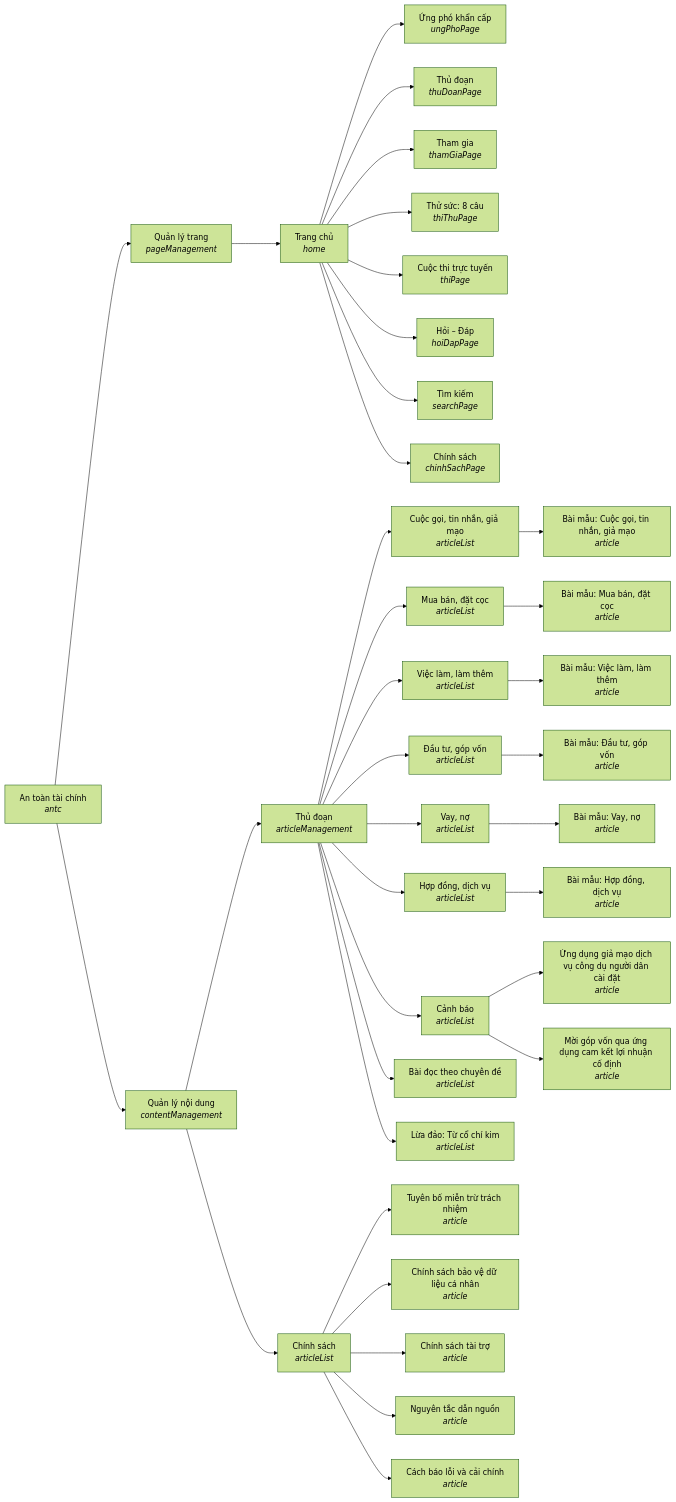
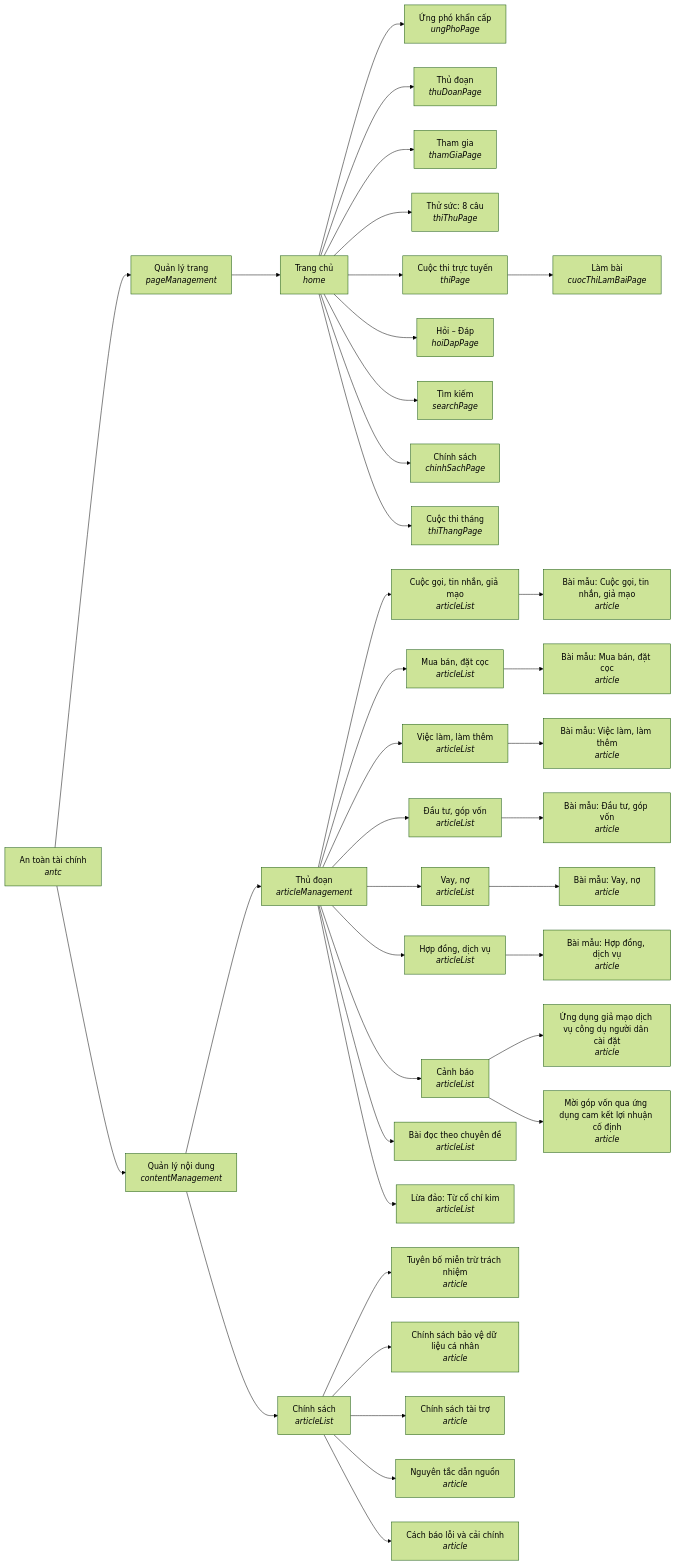
One commit to anhnoname97/antc changed the third of 3 diagrams in docs/so-do/SO-DO.md. Above: the diagram before and after it, drawn with Mermaid (forest theme). The commit also changed other lines of this file and 68 other files, not shown here.

Commit message:
làm trang Đăng ký thi và phần làm bài thi

````diff
--- a/docs/so-do/SO-DO.md
+++ b/docs/so-do/SO-DO.md
@@ -121,74 +132,78 @@
 ```mermaid
 graph LR
   n068471f0_605e_57ee_b164_547aee46bc79["An toàn tài chính<br/><i>antc</i>"]
   n437e3947_4f08_52e1_baee_75907a540fac["Quản lý trang<br/><i>pageManagement</i>"]
   nd660b5ab_7cd1_48b5_b6e1_1ab56b8218cd["Trang chủ<br/><i>home</i>"]
   n56e74727_59ec_4225_b2ce_ce853ad893ca["Ứng phó khẩn cấp<br/><i>ungPhoPage</i>"]
   nd660b5ab_7cd1_48b5_b6e1_1ab56b8218cd --> n56e74727_59ec_4225_b2ce_ce853ad893ca
   n9ba61825_fa98_4e40_b442_772096d614f8["Thủ đoạn<br/><i>thuDoanPage</i>"]
   nd660b5ab_7cd1_48b5_b6e1_1ab56b8218cd --> n9ba61825_fa98_4e40_b442_772096d614f8
   nb94dab90_8dee_4ff4_b934_c1fb7f723c61["Tham gia<br/><i>thamGiaPage</i>"]
   nd660b5ab_7cd1_48b5_b6e1_1ab56b8218cd --> nb94dab90_8dee_4ff4_b934_c1fb7f723c61
   n6661be33_d417_4400_8828_952da9908c86["Thử sức: 8 câu<br/><i>thiThuPage</i>"]
   nd660b5ab_7cd1_48b5_b6e1_1ab56b8218cd --> n6661be33_d417_4400_8828_952da9908c86
   n88abf9ef_fb93_45c5_9cff_4aa76ca6f250["Cuộc thi trực tuyến<br/><i>thiPage</i>"]
+  n2418b19a_2e02_4083_aaea_2bc477167ff4["Làm bài<br/><i>cuocThiLamBaiPage</i>"]
+  n88abf9ef_fb93_45c5_9cff_4aa76ca6f250 --> n2418b19a_2e02_4083_aaea_2bc477167ff4
   nd660b5ab_7cd1_48b5_b6e1_1ab56b8218cd --> n88abf9ef_fb93_45c5_9cff_4aa76ca6f250
   nb3ce7bf1_aa24_4acf_9bfd_8cd02d8f784e["Hỏi – Đáp<br/><i>hoiDapPage</i>"]
   nd660b5ab_7cd1_48b5_b6e1_1ab56b8218cd --> nb3ce7bf1_aa24_4acf_9bfd_8cd02d8f784e
   n56fa7c6b_f4e1_44be_8200_ec8be7404349["Tìm kiếm<br/><i>searchPage</i>"]
   nd660b5ab_7cd1_48b5_b6e1_1ab56b8218cd --> n56fa7c6b_f4e1_44be_8200_ec8be7404349
   ndc0bff3b_10be_53d5_87dc_d23ea675fd94["Chính sách<br/><i>chinhSachPage</i>"]
   nd660b5ab_7cd1_48b5_b6e1_1ab56b8218cd --> ndc0bff3b_10be_53d5_87dc_d23ea675fd94
+  n3ef975f7_186f_5a25_9e0a_dfe100d471d8["Cuộc thi tháng<br/><i>thiThangPage</i>"]
+  nd660b5ab_7cd1_48b5_b6e1_1ab56b8218cd --> n3ef975f7_186f_5a25_9e0a_dfe100d471d8
   n437e3947_4f08_52e1_baee_75907a540fac --> nd660b5ab_7cd1_48b5_b6e1_1ab56b8218cd
   n068471f0_605e_57ee_b164_547aee46bc79 --> n437e3947_4f08_52e1_baee_75907a540fac
   n5a1e0af5_bbf2_54ed_a359_bc4716736ea5["Quản lý nội dung<br/><i>contentManagement</i>"]
   n33df5aae_5658_5ea1_8b01_500630acfd60["Thủ đoạn<br/><i>articleManagement</i>"]
   nf9386cdc_74f6_4893_acc8_eba3162cc7c0["Cuộc gọi, tin nhắn, giả mạo<br/><i>articleList</i>"]
   n90ab7780_e72b_4d53_ae5a_147dfb353e03["Bài mẫu: Cuộc gọi, tin nhắn, giả mạo<br/><i>article</i>"]
   nf9386cdc_74f6_4893_acc8_eba3162cc7c0 --> n90ab7780_e72b_4d53_ae5a_147dfb353e03
   n33df5aae_5658_5ea1_8b01_500630acfd60 --> nf9386cdc_74f6_4893_acc8_eba3162cc7c0
   nfd38232c_0847_4379_9ccb_aba5ee852401["Mua bán, đặt cọc<br/><i>articleList</i>"]
   nd8e9bb9f_9494_4ec1_bfb1_8b862a2ddf84["Bài mẫu: Mua bán, đặt cọc<br/><i>article</i>"]
   nfd38232c_0847_4379_9ccb_aba5ee852401 --> nd8e9bb9f_9494_4ec1_bfb1_8b862a2ddf84
   n33df5aae_5658_5ea1_8b01_500630acfd60 --> nfd38232c_0847_4379_9ccb_aba5ee852401
   n9404a4c7_3fa8_4791_9c9e_dd677f5f3d49["Việc làm, làm thêm<br/><i>articleList</i>"]
   nadbb6788_1e56_411e_a493_aa42e457fc63["Bài mẫu: Việc làm, làm thêm<br/><i>article</i>"]
   n9404a4c7_3fa8_4791_9c9e_dd677f5f3d49 --> nadbb6788_1e56_411e_a493_aa42e457fc63
   n33df5aae_5658_5ea1_8b01_500630acfd60 --> n9404a4c7_3fa8_4791_9c9e_dd677f5f3d49
   n928d8fe6_a83a_425c_a71e_419e28d0d3c3["Đầu tư, góp vốn<br/><i>articleList</i>"]
   nba05466b_4f4e_4a74_9d1c_db6d35b27cf3["Bài mẫu: Đầu tư, góp vốn<br/><i>article</i>"]
   n928d8fe6_a83a_425c_a71e_419e28d0d3c3 --> nba05466b_4f4e_4a74_9d1c_db6d35b27cf3
   n33df5aae_5658_5ea1_8b01_500630acfd60 --> n928d8fe6_a83a_425c_a71e_419e28d0d3c3
   n0400f699_d1d5_4ad1_8b76_91722ba48a77["Vay, nợ<br/><i>articleList</i>"]
   n1c05cd5b_9cb3_42ab_8992_18308d3e0332["Bài mẫu: Vay, nợ<br/><i>article</i>"]
   n0400f699_d1d5_4ad1_8b76_91722ba48a77 --> n1c05cd5b_9cb3_42ab_8992_18308d3e0332
   n33df5aae_5658_5ea1_8b01_500630acfd60 --> n0400f699_d1d5_4ad1_8b76_91722ba48a77
   ncbcea9dd_b92a_4d94_9d43_0487077fe916["Hợp đồng, dịch vụ<br/><i>articleList</i>"]
   naf76aeed_93a0_4872_8d27_8f8a4ee64657["Bài mẫu: Hợp đồng, dịch vụ<br/><i>article</i>"]
   ncbcea9dd_b92a_4d94_9d43_0487077fe916 --> naf76aeed_93a0_4872_8d27_8f8a4ee64657
   n33df5aae_5658_5ea1_8b01_500630acfd60 --> ncbcea9dd_b92a_4d94_9d43_0487077fe916
   ncda7084d_12ac_4edf_bbd9_94b53d78cecc["Cảnh báo<br/><i>articleList</i>"]
   n3efa48cc_59f6_4dcf_afc8_ac76442f4135["Ứng dụng giả mạo dịch vụ công dụ người dân cài đặt<br/><i>article</i>"]
   ncda7084d_12ac_4edf_bbd9_94b53d78cecc --> n3efa48cc_59f6_4dcf_afc8_ac76442f4135
   nc2d699ab_57b1_4ded_b55e_5a02c178a556["Mời góp vốn qua ứng dụng cam kết lợi nhuận cố định<br/><i>article</i>"]
   ncda7084d_12ac_4edf_bbd9_94b53d78cecc --> nc2d699ab_57b1_4ded_b55e_5a02c178a556
   n33df5aae_5658_5ea1_8b01_500630acfd60 --> ncda7084d_12ac_4edf_bbd9_94b53d78cecc
   ne2aa83a7_8e13_436b_9569_8de11c44ce4d["Bài đọc theo chuyên đề<br/><i>articleList</i>"]
   n33df5aae_5658_5ea1_8b01_500630acfd60 --> ne2aa83a7_8e13_436b_9569_8de11c44ce4d
   n3ca68856_dc5b_4335_af7d_42addb4e4db6["Lừa đảo: Từ cổ chí kim<br/><i>articleList</i>"]
   n33df5aae_5658_5ea1_8b01_500630acfd60 --> n3ca68856_dc5b_4335_af7d_42addb4e4db6
   n5a1e0af5_bbf2_54ed_a359_bc4716736ea5 --> n33df5aae_5658_5ea1_8b01_500630acfd60
   n2de3a8b9_e4b6_4348_9321_9b979aa1f398["Chính sách<br/><i>articleList</i>"]
   n0193cd20_026f_4a33_8f04_b5bf5fc3c0fc["Tuyên bố miễn trừ trách nhiệm<br/><i>article</i>"]
   n2de3a8b9_e4b6_4348_9321_9b979aa1f398 --> n0193cd20_026f_4a33_8f04_b5bf5fc3c0fc
   n66d90202_dc1e_4396_bed0_4d7c02305283["Chính sách bảo vệ dữ liệu cá nhân<br/><i>article</i>"]
   n2de3a8b9_e4b6_4348_9321_9b979aa1f398 --> n66d90202_dc1e_4396_bed0_4d7c02305283
   n6eed8736_db48_4151_bb71_0fac9635d1aa["Chính sách tài trợ<br/><i>article</i>"]
   n2de3a8b9_e4b6_4348_9321_9b979aa1f398 --> n6eed8736_db48_4151_bb71_0fac9635d1aa
   n1767e333_7dc2_486a_a48b_23b1cbdc86ac["Nguyên tắc dẫn nguồn<br/><i>article</i>"]
   n2de3a8b9_e4b6_4348_9321_9b979aa1f398 --> n1767e333_7dc2_486a_a48b_23b1cbdc86ac
   n7a2fe7ec_f999_46e2_9029_db9943057404["Cách báo lỗi và cải chính<br/><i>article</i>"]
   n2de3a8b9_e4b6_4348_9321_9b979aa1f398 --> n7a2fe7ec_f999_46e2_9029_db9943057404
   n5a1e0af5_bbf2_54ed_a359_bc4716736ea5 --> n2de3a8b9_e4b6_4348_9321_9b979aa1f398
   n068471f0_605e_57ee_b164_547aee46bc79 --> n5a1e0af5_bbf2_54ed_a359_bc4716736ea5
 ```
````
